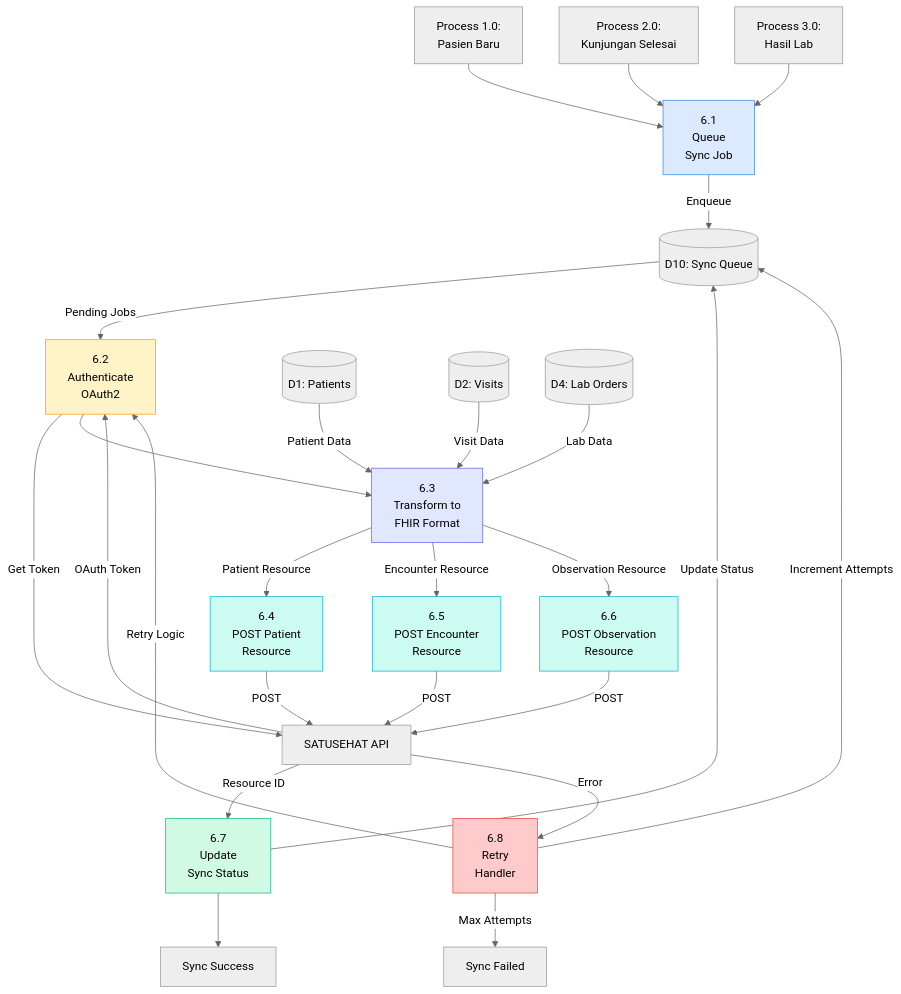
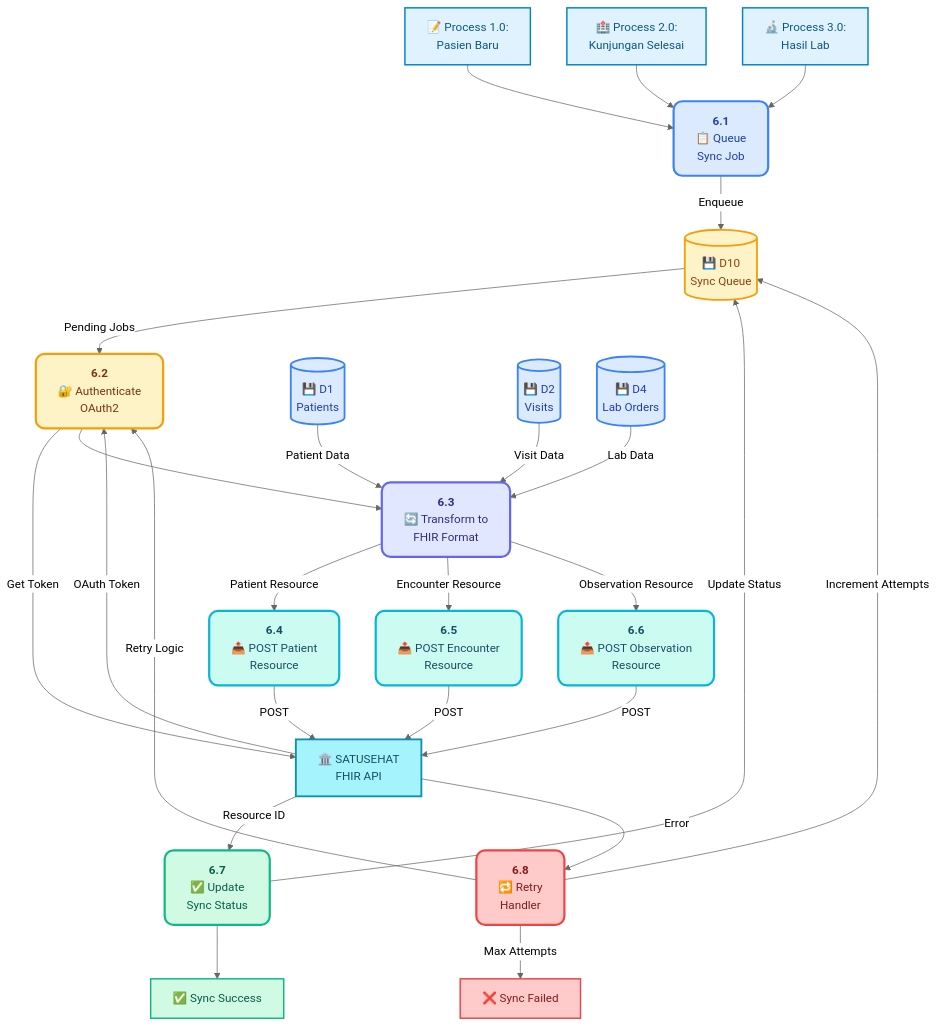
The fifth of 7 diagrams in docs/dfd.md (Haluluya/Simpus), drawn with Mermaid (neutral theme) before and after one commit. The commit also changed other lines of this file, not shown here.

````diff
--- a/docs/dfd.md
+++ b/docs/dfd.md
@@ -361,73 +429,86 @@
 ```mermaid
 flowchart TB
     %% Inputs from other processes
-    IN1[Process 1.0:<br/>Pasien Baru]
-    IN2[Process 2.0:<br/>Kunjungan Selesai]
-    IN3[Process 3.0:<br/>Hasil Lab]
-    
+    IN1["📝 Process 1.0:<br/>Pasien Baru"]
+    IN2["🏥 Process 2.0:<br/>Kunjungan Selesai"]
+    IN3["🔬 Process 3.0:<br/>Hasil Lab"]
+
     %% Sub-processes
-    P61[6.1<br/>Queue<br/>Sync Job]
-    P62[6.2<br/>Authenticate<br/>OAuth2]
-    P63[6.3<br/>Transform to<br/>FHIR Format]
-    P64[6.4<br/>POST Patient<br/>Resource]
-    P65[6.5<br/>POST Encounter<br/>Resource]
-    P66[6.6<br/>POST Observation<br/>Resource]
-    P67[6.7<br/>Update<br/>Sync Status]
-    P68[6.8<br/>Retry<br/>Handler]
-    
+    P61["<b>6.1</b><br/>📋 Queue<br/>Sync Job"]
+    P62["<b>6.2</b><br/>🔐 Authenticate<br/>OAuth2"]
+    P63["<b>6.3</b><br/>🔄 Transform to<br/>FHIR Format"]
+    P64["<b>6.4</b><br/>📤 POST Patient<br/>Resource"]
+    P65["<b>6.5</b><br/>📤 POST Encounter<br/>Resource"]
+    P66["<b>6.6</b><br/>📤 POST Observation<br/>Resource"]
+    P67["<b>6.7</b><br/>✅ Update<br/>Sync Status"]
+    P68["<b>6.8</b><br/>🔁 Retry<br/>Handler"]
+
     %% Data Stores
-    DS1[(D1: Patients)]
-    DS2[(D2: Visits)]
-    DS4[(D4: Lab Orders)]
-    DS10[(D10: Sync Queue)]
-    
+    DS1[("💾 D1<br/>Patients")]
+    DS2[("💾 D2<br/>Visits")]
+    DS4[("💾 D4<br/>Lab Orders")]
+    DS10[("💾 D10<br/>Sync Queue")]
+
     %% External
-    SATU[SATUSEHAT API]
-    
+    SATU["🏛️ SATUSEHAT<br/>FHIR API"]
+
     %% Outputs
-    OUT1[Sync Success]
-    OUT2[Sync Failed]
-    
+    OUT1["✅ Sync Success"]
+    OUT2["❌ Sync Failed"]
+
     %% Flow
     IN1 --> P61
     IN2 --> P61
     IN3 --> P61
-    
-    P61 -->|Enqueue| DS10
-    DS10 -->|Pending Jobs| P62
-    
-    P62 -->|Get Token| SATU
-    SATU -->|OAuth Token| P62
-    
+
+    P61 -->|"Enqueue"| DS10
+    DS10 -->|"Pending Jobs"| P62
+
+    P62 -->|"Get Token"| SATU
+    SATU -->|"OAuth Token"| P62
+
     P62 --> P63
-    DS1 -->|Patient Data| P63
-    DS2 -->|Visit Data| P63
-    DS4 -->|Lab Data| P63
-    
-    P63 -->|Patient Resource| P64
-    P63 -->|Encounter Resource| P65
-    P63 -->|Observation Resource| P66
-    
-    P64 -->|POST| SATU
-    P65 -->|POST| SATU
-    P66 -->|POST| SATU
-    
-    SATU -->|Resource ID| P67
-    SATU -->|Error| P68
-    
-    P67 -->|Update Status| DS10
+    DS1 -->|"Patient Data"| P63
+    DS2 -->|"Visit Data"| P63
+    DS4 -->|"Lab Data"| P63
+
+    P63 -->|"Patient Resource"| P64
+    P63 -->|"Encounter Resource"| P65
+    P63 -->|"Observation Resource"| P66
+
+    P64 -->|"POST"| SATU
+    P65 -->|"POST"| SATU
+    P66 -->|"POST"| SATU
+
+    SATU -->|"Resource ID"| P67
+    SATU -->|"Error"| P68
+
+    P67 -->|"Update Status"| DS10
     P67 --> OUT1
-    
-    P68 -->|Increment Attempts| DS10
-    P68 -->|Retry Logic| P62
-    P68 -->|Max Attempts| OUT2
-    
-    style P61 fill:#dbeafe,stroke:#3b82f6
-    style P62 fill:#fef3c7,stroke:#f59e0b
-    style P63 fill:#e0e7ff,stroke:#6366f1
-    style P64 fill:#ccfbf1,stroke:#06b6d4
-    style P65 fill:#ccfbf1,stroke:#06b6d4
-    style P66 fill:#ccfbf1,stroke:#06b6d4
-    style P67 fill:#d1fae5,stroke:#10b981
-    style P68 fill:#fecaca,stroke:#ef4444
+
+    P68 -->|"Increment Attempts"| DS10
+    P68 -->|"Retry Logic"| P62
+    P68 -->|"Max Attempts"| OUT2
+
+    %% Modern Styling
+    style P61 fill:#dbeafe,stroke:#3b82f6,stroke-width:3px,color:#1e40af,rx:12,ry:12
+    style P62 fill:#fef3c7,stroke:#f59e0b,stroke-width:3px,color:#78350f,rx:12,ry:12
+    style P63 fill:#e0e7ff,stroke:#6366f1,stroke-width:3px,color:#312e81,rx:12,ry:12
+    style P64 fill:#ccfbf1,stroke:#06b6d4,stroke-width:3px,color:#164e63,rx:12,ry:12
+    style P65 fill:#ccfbf1,stroke:#06b6d4,stroke-width:3px,color:#164e63,rx:12,ry:12
+    style P66 fill:#ccfbf1,stroke:#06b6d4,stroke-width:3px,color:#164e63,rx:12,ry:12
+    style P67 fill:#d1fae5,stroke:#10b981,stroke-width:3px,color:#065f46,rx:12,ry:12
+    style P68 fill:#fecaca,stroke:#ef4444,stroke-width:3px,color:#7f1d1d,rx:12,ry:12
+
+    style DS1 fill:#dbeafe,stroke:#3b82f6,stroke-width:2.5px,color:#1e40af
+    style DS2 fill:#dbeafe,stroke:#3b82f6,stroke-width:2.5px,color:#1e40af
+    style DS4 fill:#dbeafe,stroke:#3b82f6,stroke-width:2.5px,color:#1e40af
+    style DS10 fill:#fef3c7,stroke:#f59e0b,stroke-width:2.5px,color:#92400e
+
+    style IN1 fill:#e0f2fe,stroke:#0284c7,stroke-width:2px,color:#075985
+    style IN2 fill:#e0f2fe,stroke:#0284c7,stroke-width:2px,color:#075985
+    style IN3 fill:#e0f2fe,stroke:#0284c7,stroke-width:2px,color:#075985
+    style SATU fill:#a5f3fc,stroke:#0891b2,stroke-width:2.5px,color:#164e63
+    style OUT1 fill:#d1fae5,stroke:#10b981,stroke-width:2px,color:#065f46
+    style OUT2 fill:#fecaca,stroke:#ef4444,stroke-width:2px,color:#7f1d1d
 ```
````
